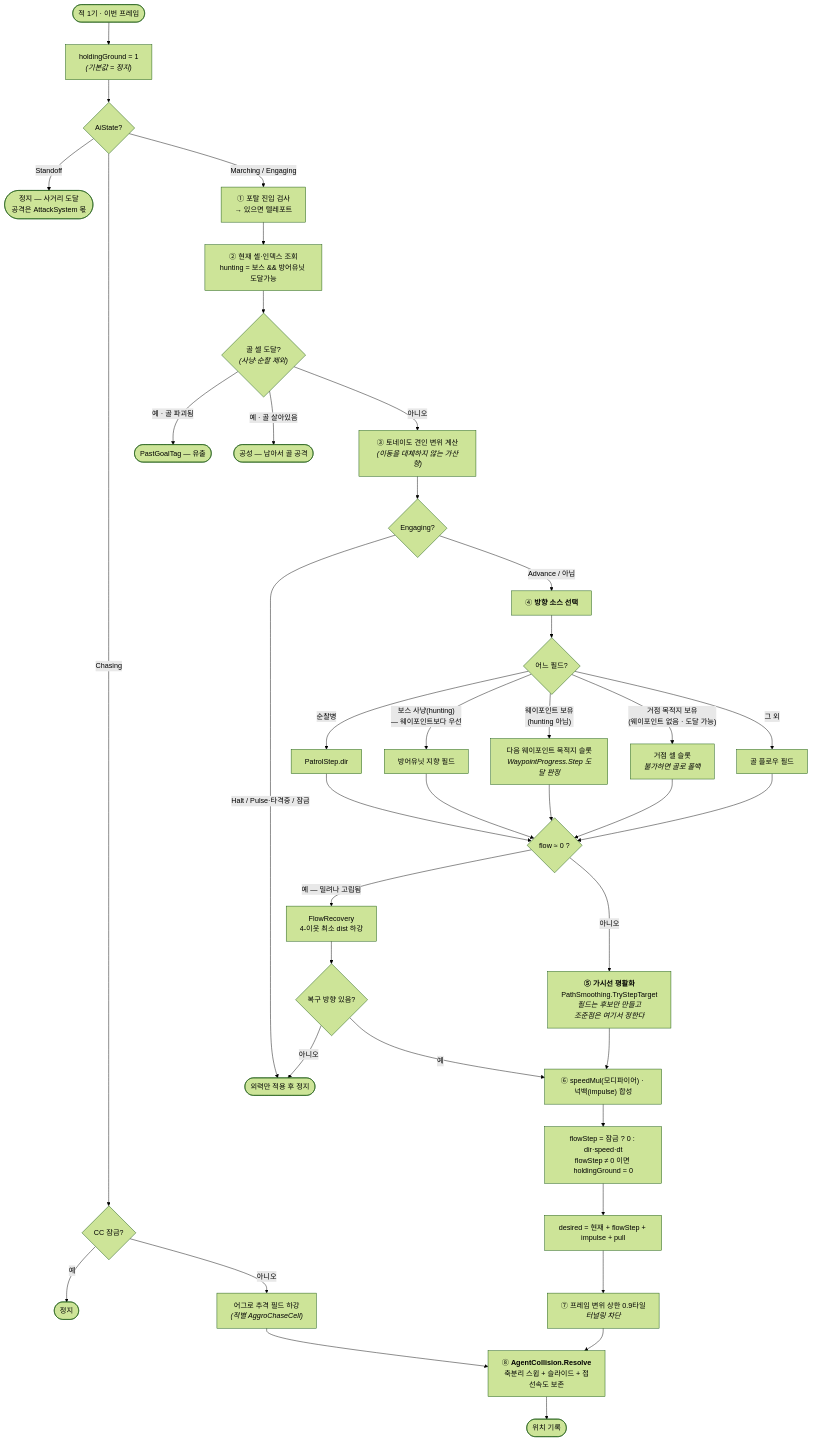
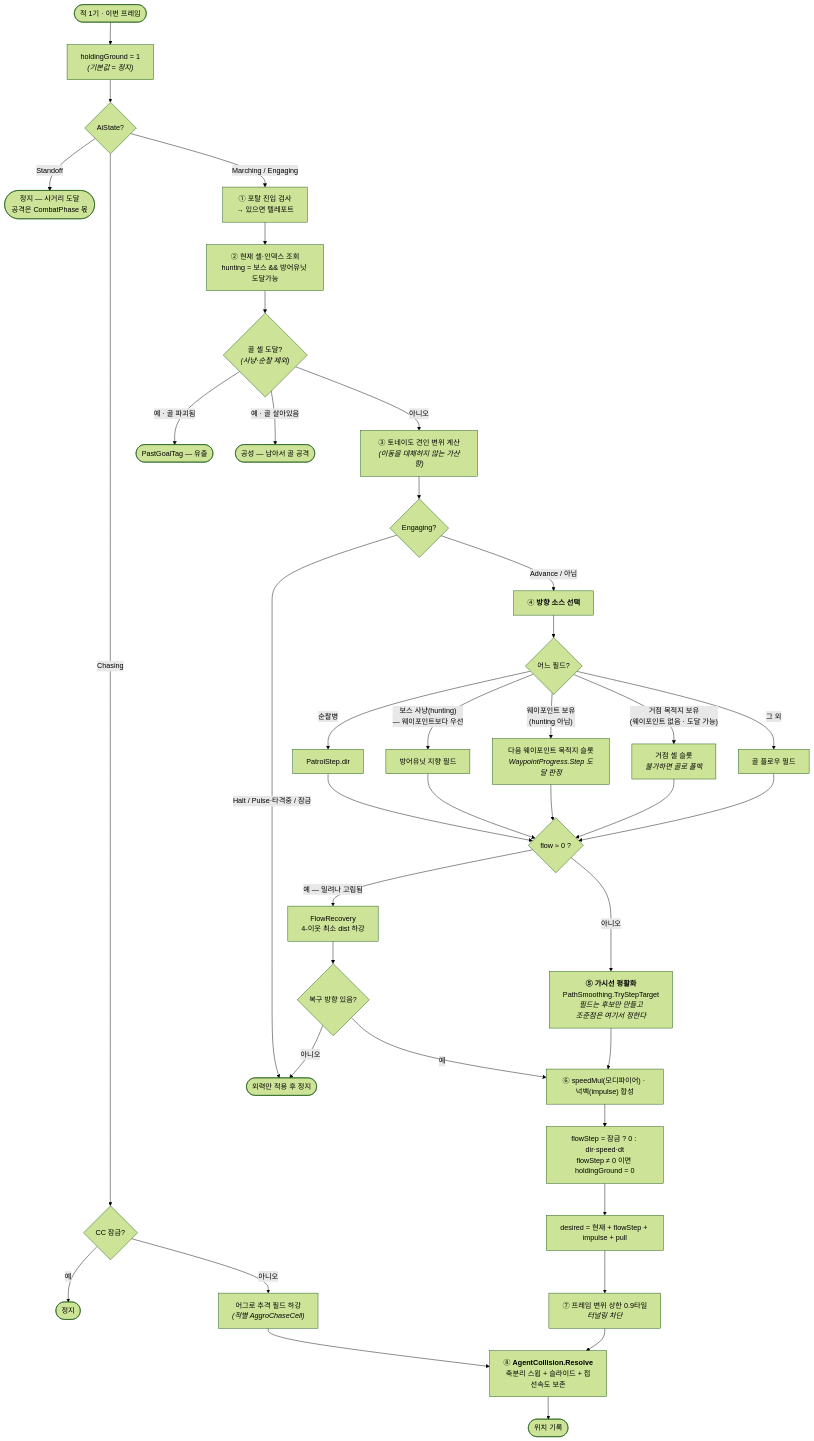
Before and after one commit to wasssupman/dreamsquad-demo: the second of 5 diagrams in docs/reference/enemy-movement-algorithm.md, drawn with Mermaid (forest theme). The commit also changed other lines of this file and 18 other files, not shown here.

````diff
--- a/docs/reference/enemy-movement-algorithm.md
+++ b/docs/reference/enemy-movement-algorithm.md
@@ -34,49 +35,49 @@
 ```mermaid
 flowchart TD
   S(["적 1기 · 이번 프레임"]) --> HG["holdingGround = 1<br/><i>(기본값 = 정지)</i>"]
   HG --> ST{"AiState?"}
 
-  ST -->|Standoff| STOP1(["정지 — 사거리 도달<br/>공격은 AttackSystem 몫"])
+  ST -->|Standoff| STOP1(["정지 — 사거리 도달<br/>공격은 CombatPhase 몫"])
 
   ST -->|Chasing| CL{"CC 잠금?"}
   CL -->|예| STOP2(["정지"])
   CL -->|아니오| CH["어그로 추격 필드 하강<br/><i>(적별 AggroChaseCell)</i>"]
   CH --> MOVE
 
   ST -->|"Marching / Engaging"| P1["① 포탈 진입 검사<br/>→ 있으면 텔레포트"]
   P1 --> P2["② 현재 셀·인덱스 조회<br/>hunting = 보스 && 방어유닛 도달가능"]
   P2 --> GOAL{"골 셀 도달?<br/><i>(사냥·순찰 제외)</i>"}
   GOAL -->|"예 · 골 파괴됨"| LEAK(["PastGoalTag — 유출"])
   GOAL -->|"예 · 골 살아있음"| SIEGE(["공성 — 남아서 골 공격"])
   GOAL -->|아니오| P3["③ 토네이도 견인 변위 계산<br/><i>(이동을 대체하지 않는 가산항)</i>"]
 
   P3 --> ENG{"Engaging?"}
   ENG -->|"Halt / Pulse·타격중 / 잠금"| PULL(["외력만 적용 후 정지"])
   ENG -->|"Advance / 아님"| DIR
 
   DIR["④ <b>방향 소스 선택</b>"] --> DS{"어느 필드?"}
   DS -->|순찰병| PS["PatrolStep.dir"]
   DS -->|"보스 사냥(hunting)<br/>— 웨이포인트보다 우선"| DF["방어유닛 지향 필드"]
   DS -->|"웨이포인트 보유<br/>(hunting 아님)"| WP["다음 웨이포인트 목적지 슬롯<br/><i>WaypointProgress.Step 도달 판정</i>"]
   DS -->|"거점 목적지 보유<br/>(웨이포인트 없음 · 도달 가능)"| SD["거점 셀 슬롯<br/><i>불가하면 골로 폴백</i>"]
   DS -->|그 외| GF["골 플로우 필드"]
 
   PS --> ZF
   DF --> ZF
   WP --> ZF
   SD --> ZF
   GF --> ZF
   ZF{"flow ≈ 0 ?"}
   ZF -->|"예 — 밀려나 고립됨"| REC["FlowRecovery<br/>4-이웃 최소 dist 하강"]
   REC --> REC2{"복구 방향 있음?"}
   REC2 -->|아니오| PULL
   REC2 -->|예| SPEED
   ZF -->|아니오| SMOOTH["<b>⑤ 가시선 평활화</b><br/>PathSmoothing.TryStepTarget<br/><i>필드는 후보만 만들고<br/>조준점은 여기서 정한다</i>"]
   SMOOTH --> SPEED
 
   SPEED["⑥ speedMul(모디파이어) · 넉백(impulse) 합성"] --> STEP["flowStep = 잠금 ? 0 : dir·speed·dt<br/>flowStep ≠ 0 이면 holdingGround = 0"]
   STEP --> SUM["desired = 현재 + flowStep + impulse + pull"]
   SUM --> CLAMP["⑦ 프레임 변위 상한 0.9타일<br/><i>터널링 차단</i>"]
   CLAMP --> MOVE["⑧ <b>AgentCollision.Resolve</b><br/>축분리 스윕 + 슬라이드 + 접선속도 보존"]
   MOVE --> W(["위치 기록"])
 ```
````
